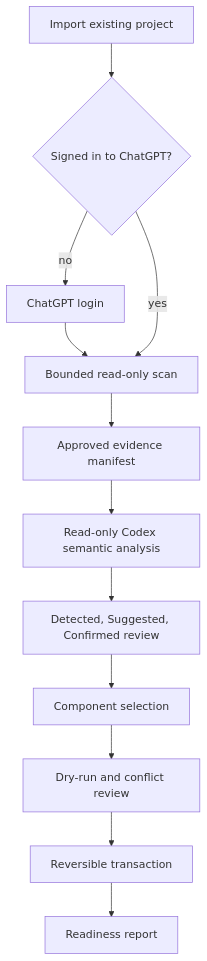
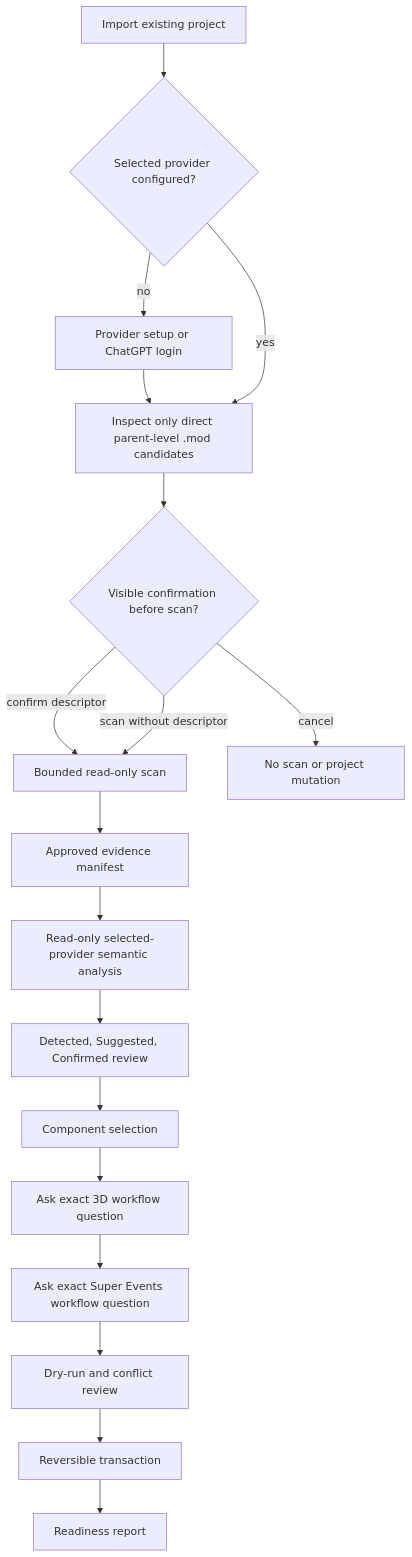
Before and after one commit to klimPaskov/HOI4-Mod-Setup: the diagram in docs/diagrams/existing_project_flow.mmd, drawn with Mermaid. The commit also changed 294 other files, not shown here.

Commit message:
feat: complete setup wizard and release flow

```diff
--- a/docs/diagrams/existing_project_flow.mmd
+++ b/docs/diagrams/existing_project_flow.mmd
@@ -1,12 +1,18 @@
 flowchart TD
-    Start[Import existing project] --> Auth{Signed in to ChatGPT?}
-    Auth -- no --> Login[ChatGPT login]
-    Login --> Scan[Bounded read-only scan]
-    Auth -- yes --> Scan
+    Start[Import existing project] --> Auth{Selected provider configured?}
+    Auth -- no --> Login[Provider setup or ChatGPT login]
+    Login --> Candidate[Inspect only direct parent-level .mod candidates]
+    Auth -- yes --> Candidate
+    Candidate --> Confirm{Visible confirmation before scan?}
+    Confirm -- confirm descriptor --> Scan[Bounded read-only scan]
+    Confirm -- scan without descriptor --> Scan
+    Confirm -- cancel --> Stop[No scan or project mutation]
     Scan --> Manifest[Approved evidence manifest]
-    Manifest --> Codex[Read-only Codex semantic analysis]
-    Codex --> Findings[Detected, Suggested, Confirmed review]
+    Manifest --> Provider[Read-only selected-provider semantic analysis]
+    Provider --> Findings[Detected, Suggested, Confirmed review]
     Findings --> Components[Component selection]
-    Components --> DryRun[Dry-run and conflict review]
+    Components --> Optional3D[Ask exact 3D workflow question]
+    Optional3D --> OptionalSE[Ask exact Super Events workflow question]
+    OptionalSE --> DryRun[Dry-run and conflict review]
     DryRun --> Apply[Reversible transaction]
     Apply --> Ready[Readiness report]
```
